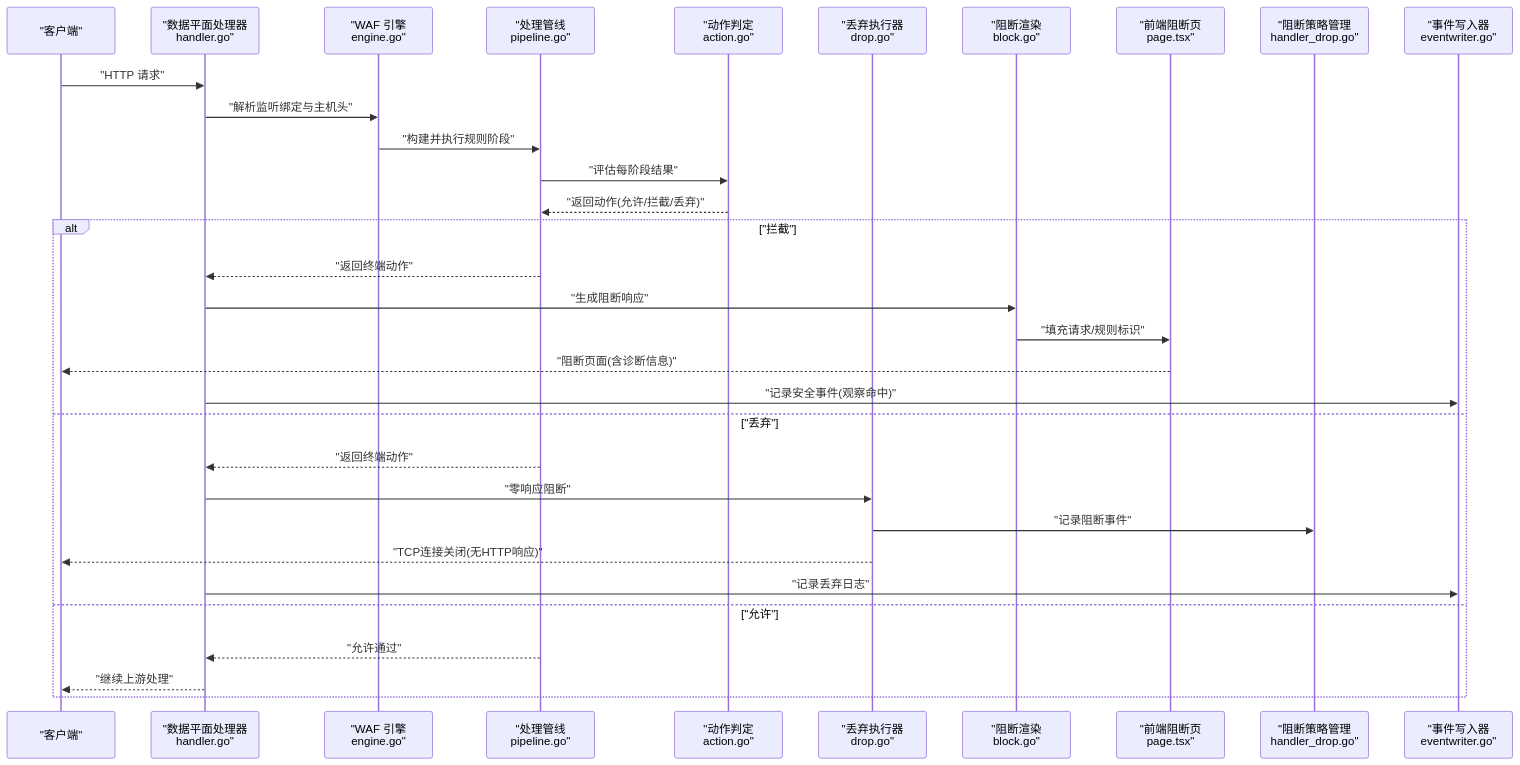
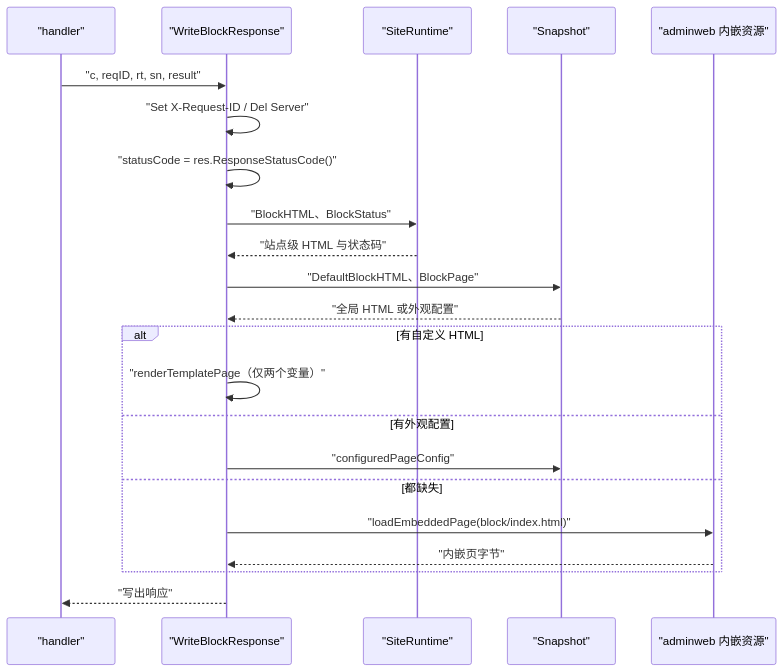
Before and after one commit to x01n/My-OpenWaf: the third of 4 diagrams in docs/安全防护功能/阻断机制.md, drawn with Mermaid. The commit also changed other lines of this file and 622 other files, not shown here.

````diff
--- a/docs/安全防护功能/阻断机制.md
+++ b/docs/安全防护功能/阻断机制.md
@@ -139,34 +242,24 @@
 ```mermaid
 sequenceDiagram
-participant C as "客户端"
-participant H as "数据平面处理器<br/>handler.go"
-participant E as "WAF 引擎<br/>engine.go"
-participant P as "处理管线<br/>pipeline.go"
-participant A as "动作判定<br/>action.go"
-participant DE as "丢弃执行器<br/>drop.go"
-participant B as "阻断渲染<br/>block.go"
-participant FE as "前端阻断页<br/>page.tsx"
-participant ADM as "阻断策略管理<br/>handler_drop.go"
-participant LOG as "事件写入器<br/>eventwriter.go"
-C->>H : "HTTP 请求"
-H->>E : "解析监听绑定与主机头"
-E->>P : "构建并执行规则阶段"
-P->>A : "评估每阶段结果"
-A-->>P : "返回动作(允许/拦截/丢弃)"
-alt "拦截"
-P-->>H : "返回终端动作"
-H->>B : "生成阻断响应"
-B->>FE : "填充请求/规则标识"
-FE-->>C : "阻断页面(含诊断信息)"
-H->>LOG : "记录安全事件(观察命中)"
-else "丢弃"
-P-->>H : "返回终端动作"
-H->>DE : "零响应阻断"
-DE->>ADM : "记录阻断事件"
-DE-->>C : "TCP连接关闭(无HTTP响应)"
-H->>LOG : "记录丢弃日志"
-else "允许"
-P-->>H : "允许通过"
-H-->>C : "继续上游处理"
+participant HD as "handler"
+participant BL as "WriteBlockResponse"
+participant RT as "SiteRuntime"
+participant SN as "Snapshot"
+participant AW as "adminweb 内嵌资源"
+HD->>BL : "c, reqID, rt, sn, result"
+BL->>BL : "Set X-Request-ID / Del Server"
+BL->>BL : "statusCode = res.ResponseStatusCode()"
+BL->>RT : "BlockHTML、BlockStatus"
+RT-->>BL : "站点级 HTML 与状态码"
+BL->>SN : "DefaultBlockHTML、BlockPage"
+SN-->>BL : "全局 HTML 或外观配置"
+alt 有自定义 HTML
+BL->>BL : "renderTemplatePage（仅两个变量）"
+else 有外观配置
+BL->>SN : "configuredPageConfig"
+else 都缺失
+BL->>AW : "loadEmbeddedPage(block/index.html)"
+AW-->>BL : "内嵌页字节"
 end
+BL-->>HD : "写出响应"
 ```
````
